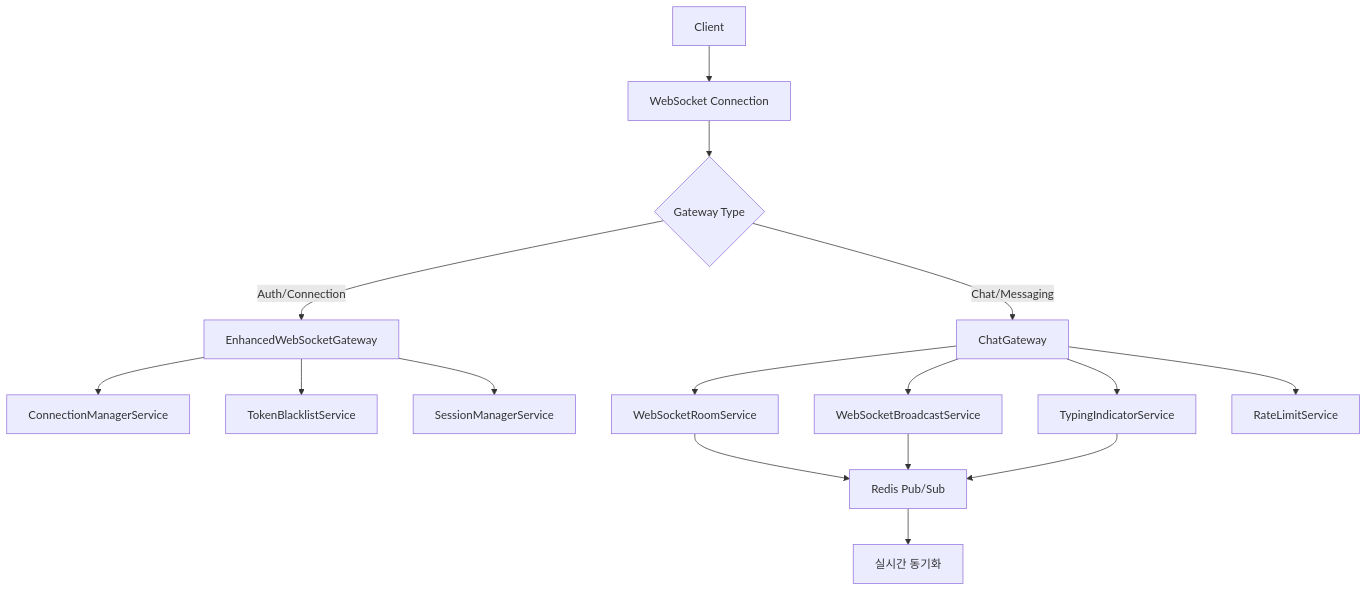
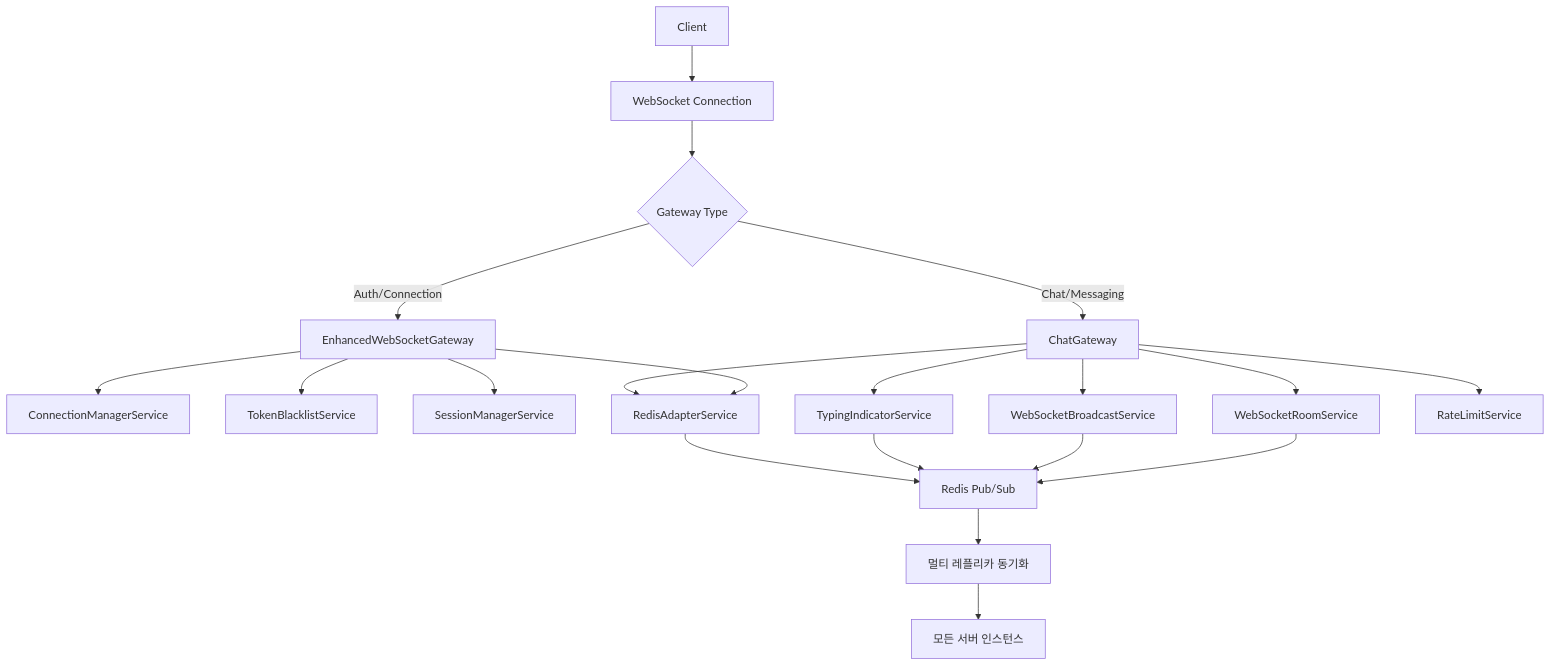
Before and after one commit to maximizest/connecto-nest: diagram 32 of 35 in .md/flow.md, drawn with Mermaid. The commit also changed other lines of this file and 7 other files, not shown here.

Commit message:
WebSocket 기능 개선: Redis Adapter를 추가하여 멀티 레플리카 지원을 구현하고, 관련 서비스 및 문서를 업데이트함. WebSocket 연결 관리 및 메시지 동기화 기능을 강화하여 실시간 통신의 안정성을 높임.

````diff
--- a/.md/flow.md
+++ b/.md/flow.md
@@ -1028,23 +1051,27 @@
 ```mermaid
 graph TD
     A[Client] --> B[WebSocket Connection]
     B --> C{Gateway Type}
     
     C -->|Auth/Connection| D[EnhancedWebSocketGateway]
     C -->|Chat/Messaging| E[ChatGateway]
     
     D --> F[ConnectionManagerService]
     D --> G[TokenBlacklistService]
     D --> H[SessionManagerService]
+    D --> R[RedisAdapterService]
     
     E --> I[WebSocketRoomService]
     E --> J[WebSocketBroadcastService]
     E --> K[TypingIndicatorService]
     E --> L[RateLimitService]
+    E --> R
     
     I --> M[Redis Pub/Sub]
     J --> M
     K --> M
+    R --> M
     
-    M --> N[실시간 동기화]
+    M --> N[멀티 레플리카 동기화]
+    N --> O[모든 서버 인스턴스]
 ```
````
